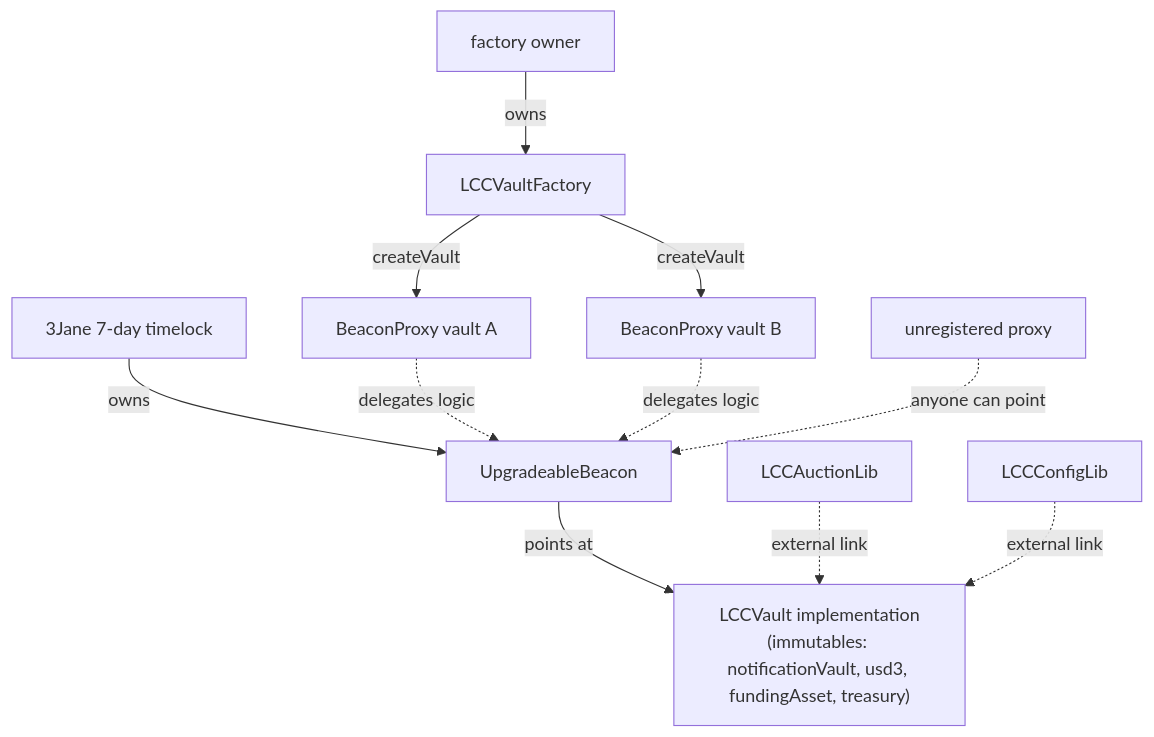
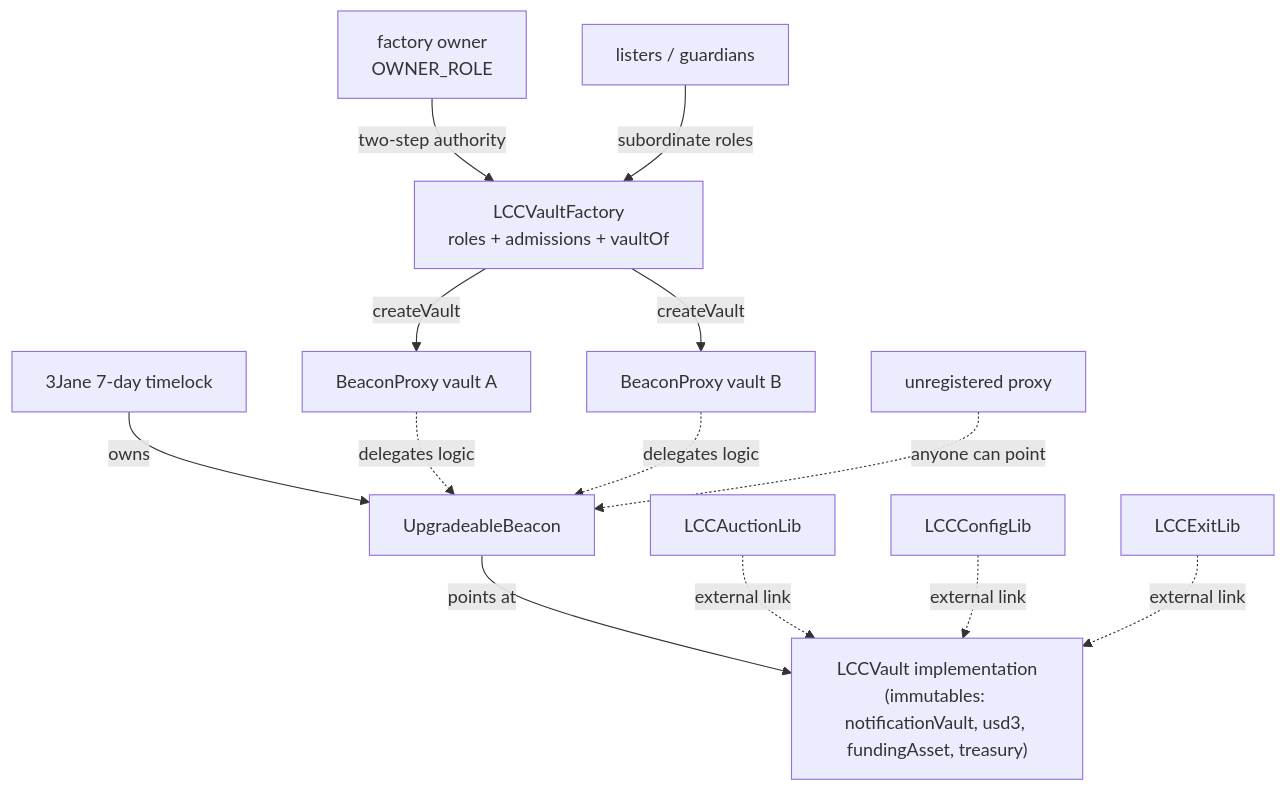
One commit to 3jane-protocol/moneymarket-contracts changed the seventh of 7 diagrams in src/lcc/README.md. Above: the diagram before and after it, drawn with Mermaid. The commit also changed other lines of this file and 49 other files, not shown here.

First line of the commit message:
feat(lcc): factory-managed authority, deposit admission registry, bounce

````diff
--- a/src/lcc/README.md
+++ b/src/lcc/README.md
@@ -716,13 +774,15 @@
 ```mermaid
 flowchart TD
     TL["3Jane 7-day timelock"] -->|owns| BE["UpgradeableBeacon"]
     BE -->|points at| IMPL["LCCVault implementation<br/>(immutables: notificationVault, usd3, fundingAsset, treasury)"]
     ALIB["LCCAuctionLib"] -.->|external link| IMPL
     CLIB["LCCConfigLib"] -.->|external link| IMPL
-    FO["factory owner"] -->|owns| FAC["LCCVaultFactory"]
+    XLIB["LCCExitLib"] -.->|external link| IMPL
+    FO["factory owner<br/>OWNER_ROLE"] -->|two-step authority| FAC["LCCVaultFactory<br/>roles + admissions + vaultOf"]
+    GR["listers / guardians"] -->|subordinate roles| FAC
     FAC -->|createVault| P1["BeaconProxy vault A"]
     FAC -->|createVault| P2["BeaconProxy vault B"]
     P1 -.->|delegates logic| BE
     P2 -.->|delegates logic| BE
     RP["unregistered proxy"] -.->|anyone can point| BE
 ```
````
